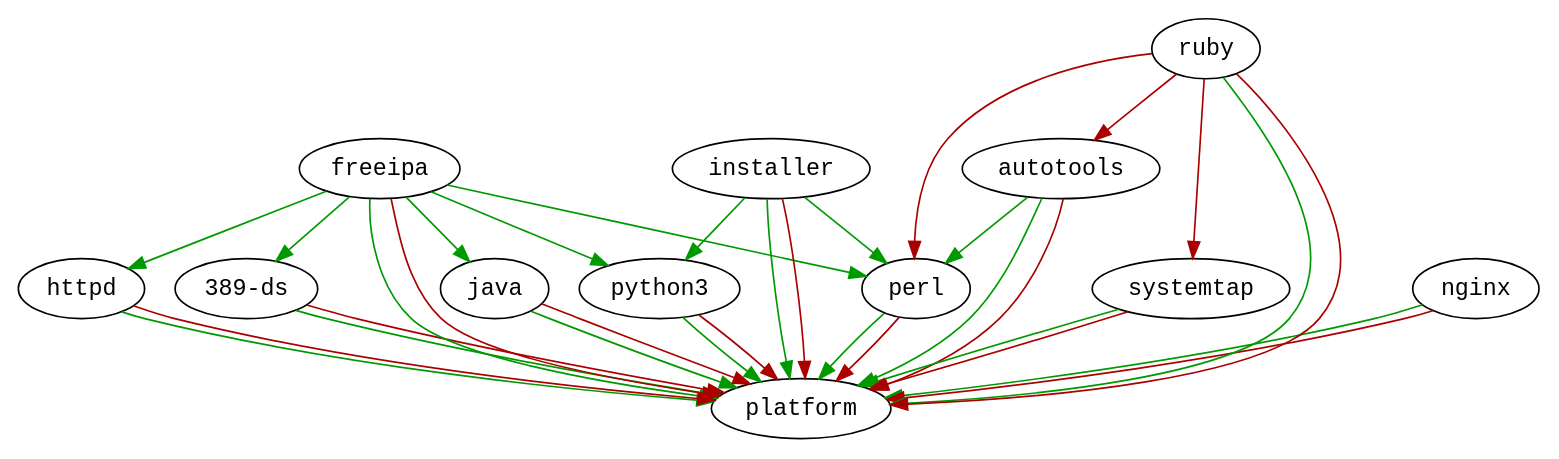
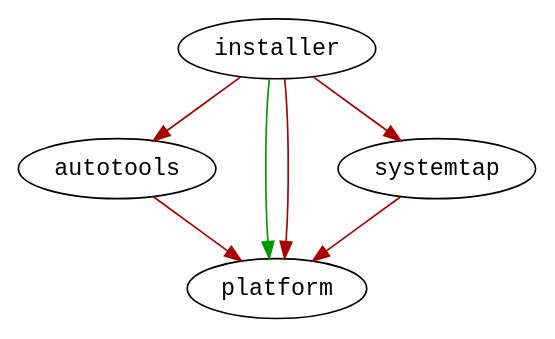
Before and after one commit to fedora-modularity/dependency-report: the diagram in img/module-deps.dot, drawn with Graphviz. The commit also changed 2787 other files, not shown here.

```diff
--- a/img/module-deps.dot
+++ b/img/module-deps.dot
@@ -1,36 +1,9 @@
 digraph G {
   node [fontname=monospace];
-  "389-ds" -> "platform" [color="#009900"];
-  "389-ds" -> "platform" [color="#aa0000"];
-  "autotools" -> "platform" [color="#009900"];
-  "autotools" -> "perl" [color="#009900"];
   "autotools" -> "platform" [color="#aa0000"];
-  "freeipa" -> "platform" [color="#009900"];
-  "freeipa" -> "389-ds" [color="#009900"];
-  "freeipa" -> "java" [color="#009900"];
-  "freeipa" -> "httpd" [color="#009900"];
-  "freeipa" -> "perl" [color="#009900"];
-  "freeipa" -> "python3" [color="#009900"];
-  "freeipa" -> "platform" [color="#aa0000"];
-  "httpd" -> "platform" [color="#009900"];
-  "httpd" -> "platform" [color="#aa0000"];
   "installer" -> "platform" [color="#009900"];
-  "installer" -> "perl" [color="#009900"];
-  "installer" -> "python3" [color="#009900"];
   "installer" -> "platform" [color="#aa0000"];
-  "java" -> "platform" [color="#009900"];
-  "java" -> "platform" [color="#aa0000"];
-  "nginx" -> "platform" [color="#009900"];
-  "nginx" -> "platform" [color="#aa0000"];
-  "perl" -> "platform" [color="#009900"];
-  "perl" -> "platform" [color="#aa0000"];
-  "python3" -> "platform" [color="#009900"];
-  "python3" -> "platform" [color="#aa0000"];
-  "ruby" -> "platform" [color="#009900"];
-  "ruby" -> "platform" [color="#aa0000"];
-  "ruby" -> "perl" [color="#aa0000"];
-  "ruby" -> "systemtap" [color="#aa0000"];
-  "ruby" -> "autotools" [color="#aa0000"];
-  "systemtap" -> "platform" [color="#009900"];
+  "installer" -> "systemtap" [color="#aa0000"];
+  "installer" -> "autotools" [color="#aa0000"];
   "systemtap" -> "platform" [color="#aa0000"];
 }
```
